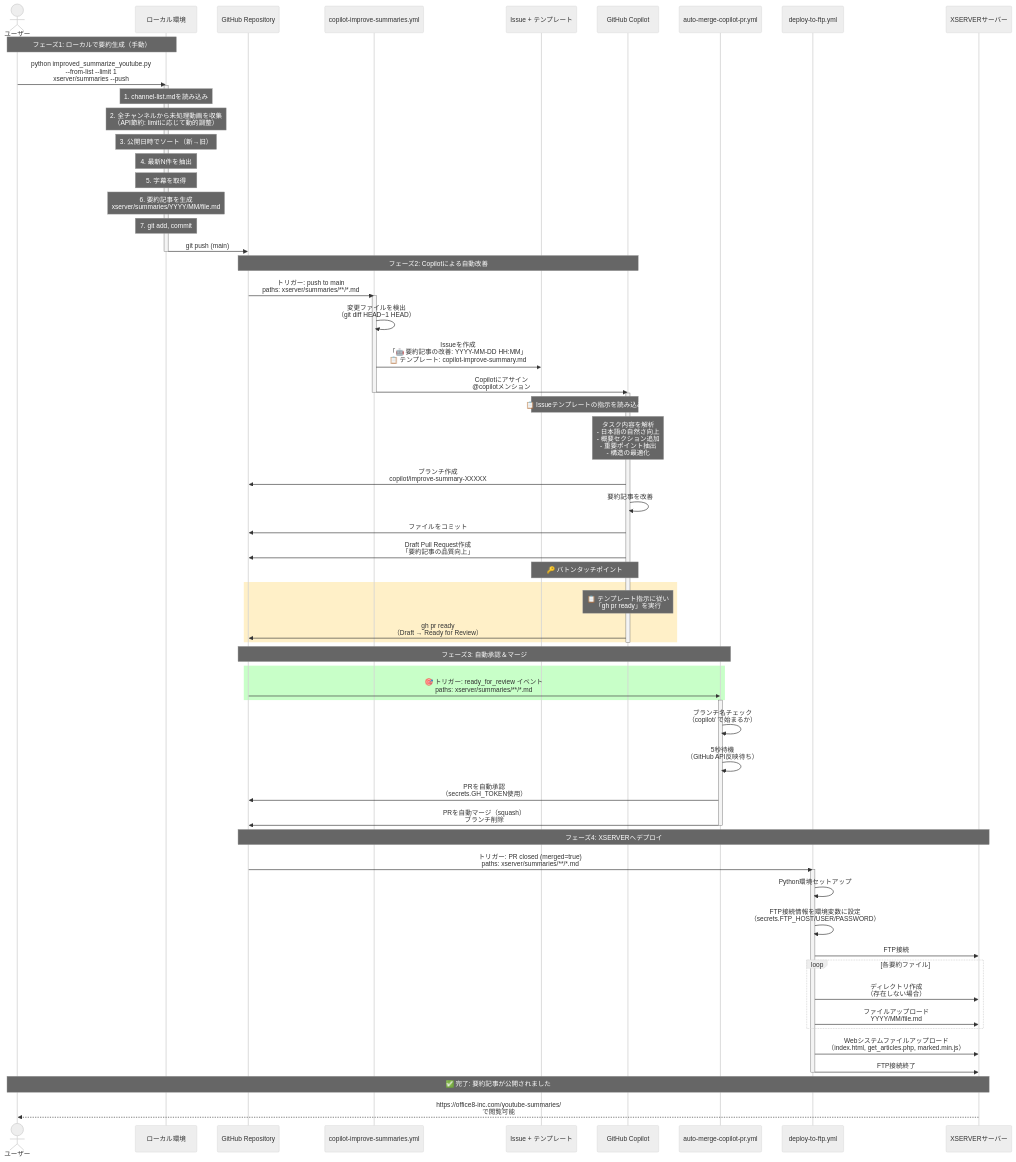
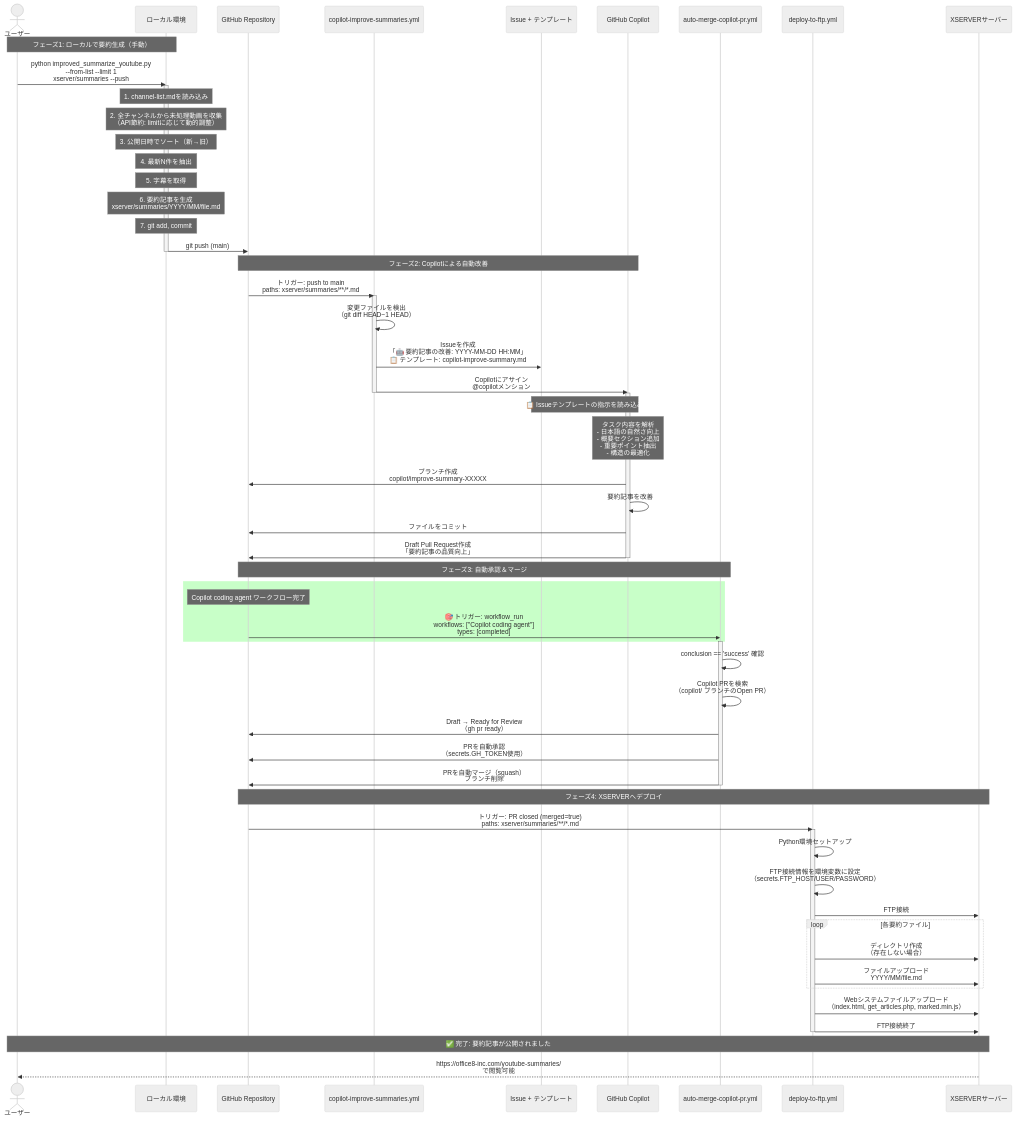
The diagram in .github/sequence-diagram.md (office8-inc/youtube-summaries), drawn with Mermaid (neutral theme) before and after one commit. The commit also changed other lines of this file, not shown here.

Commit message:
📝 シーケンス図更新: workflow_runトリガーに変更

```diff
--- a/.github/sequence-diagram.md
+++ b/.github/sequence-diagram.md
@@ -45,23 +45,19 @@
     Copilot->>Copilot: 要約記事を改善
     Copilot->>GitHub: ファイルをコミット
     Copilot->>GitHub: Draft Pull Request作成<br/>「要約記事の品質向上」
-    
-    Note over Issue,Copilot: 🔑 バトンタッチポイント
-    rect rgb(255, 240, 200)
-        Note over Copilot: 📋 テンプレート指示に従い<br/>「gh pr ready」を実行
-        Copilot->>GitHub: gh pr ready<br/>（Draft → Ready for Review）
-    end
     deactivate Copilot
     
     %% フェーズ3: 自動承認とマージ
     Note over GitHub,GHA2: フェーズ3: 自動承認＆マージ
     rect rgb(200, 255, 200)
-        GitHub->>GHA2: 🎯 トリガー: ready_for_review イベント<br/>paths: xserver/summaries/**/*.md
+        Note over GitHub: Copilot coding agent ワークフロー完了
+        GitHub->>GHA2: 🎯 トリガー: workflow_run<br/>workflows: ["Copilot coding agent"]<br/>types: [completed]
     end
     activate GHA2
     
-    GHA2->>GHA2: ブランチ名チェック<br/>（copilot/ で始まるか）
-    GHA2->>GHA2: 5秒待機<br/>（GitHub API反映待ち）
+    GHA2->>GHA2: conclusion == 'success' 確認
+    GHA2->>GHA2: Copilot PRを検索<br/>（copilot/ ブランチのOpen PR）
+    GHA2->>GitHub: Draft → Ready for Review<br/>（gh pr ready）
     GHA2->>GitHub: PRを自動承認<br/>（secrets.GH_TOKEN使用）
     GHA2->>GitHub: PRを自動マージ（squash）<br/>ブランチ削除
     deactivate GHA2
```
